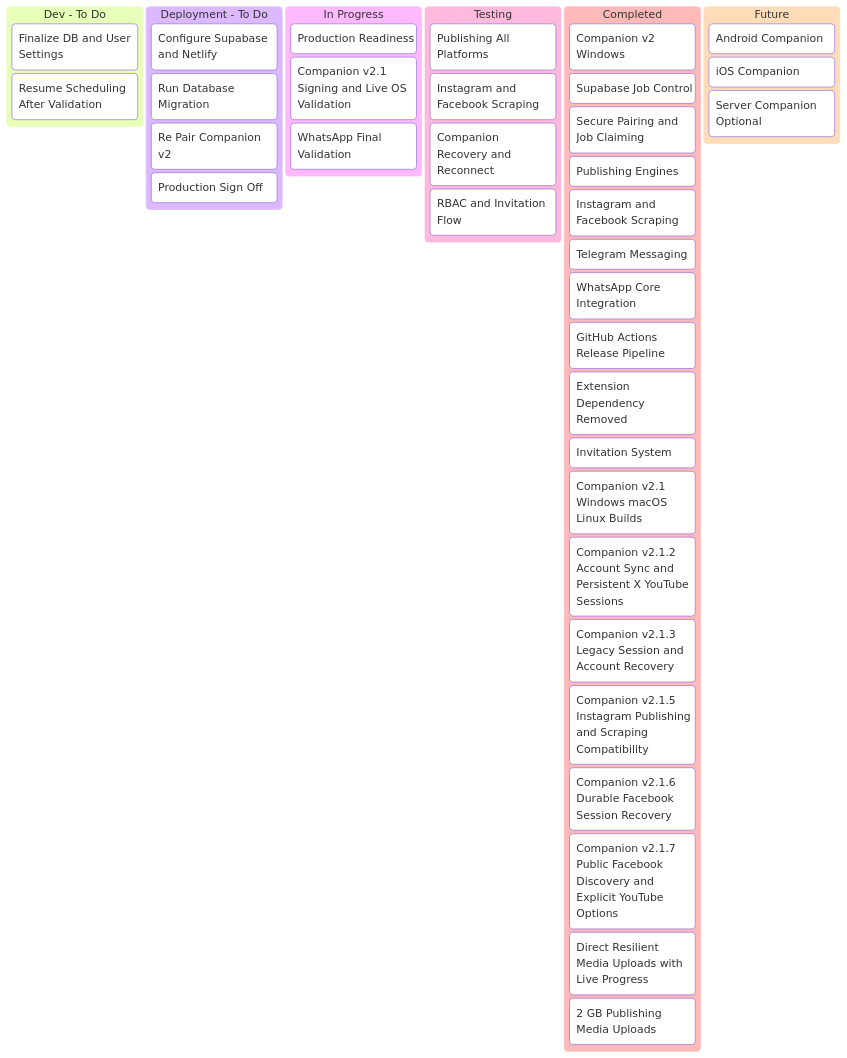
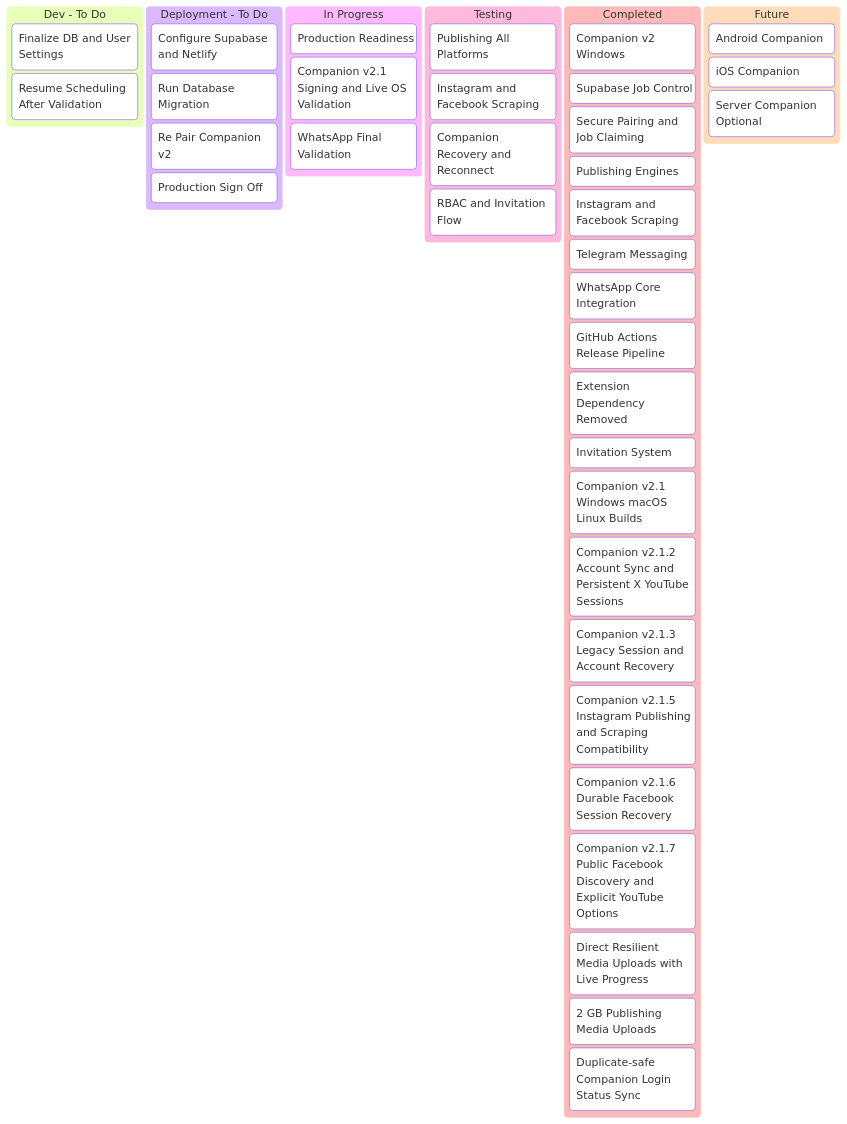
Before and after one commit to tinitiateprime/agentic-that: the first of 2 diagrams in agentic-that-project-tracker.md, drawn with Mermaid. The commit also changed 4 other files, not shown here.

Commit message:
fix: sync verified companion logins with duplicate handles

````diff
--- a/agentic-that-project-tracker.md
+++ b/agentic-that-project-tracker.md
@@ -5,48 +5,49 @@
 ```mermaid
 kanban
   devTodo[Dev - To Do]
     dev1[Finalize DB and User Settings]
     dev2[Resume Scheduling After Validation]
 
   deploymentTodo[Deployment - To Do]
     dep1[Configure Supabase and Netlify]
     dep2[Run Database Migration]
     dep3[Re Pair Companion v2]
     dep4[Production Sign Off]
 
   inProgress[In Progress]
     prog1[Production Readiness]
     prog2[Companion v2.1 Signing and Live OS Validation]
     prog3[WhatsApp Final Validation]
 
   testing[Testing]
     test1[Publishing All Platforms]
     test2[Instagram and Facebook Scraping]
     test3[Companion Recovery and Reconnect]
     test4[RBAC and Invitation Flow]
 
   completed[Completed]
     done1[Companion v2 Windows]
     done2[Supabase Job Control]
     done3[Secure Pairing and Job Claiming]
     done4[Publishing Engines]
     done5[Instagram and Facebook Scraping]
     done6[Telegram Messaging]
     done7[WhatsApp Core Integration]
     done8[GitHub Actions Release Pipeline]
     done9[Extension Dependency Removed]
     done10[Invitation System]
     done11[Companion v2.1 Windows macOS Linux Builds]
     done12[Companion v2.1.2 Account Sync and Persistent X YouTube Sessions]
     done13[Companion v2.1.3 Legacy Session and Account Recovery]
     done14[Companion v2.1.5 Instagram Publishing and Scraping Compatibility]
     done15[Companion v2.1.6 Durable Facebook Session Recovery]
     done16[Companion v2.1.7 Public Facebook Discovery and Explicit YouTube Options]
     done17[Direct Resilient Media Uploads with Live Progress]
     done18[2 GB Publishing Media Uploads]
+    done19[Duplicate-safe Companion Login Status Sync]
 
   future[Future]
     future1[Android Companion]
     future2[iOS Companion]
     future3[Server Companion Optional]
 ```
````
